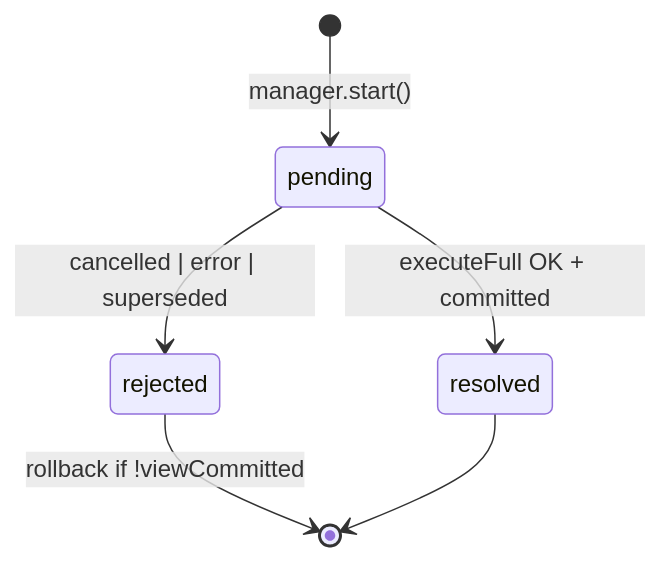
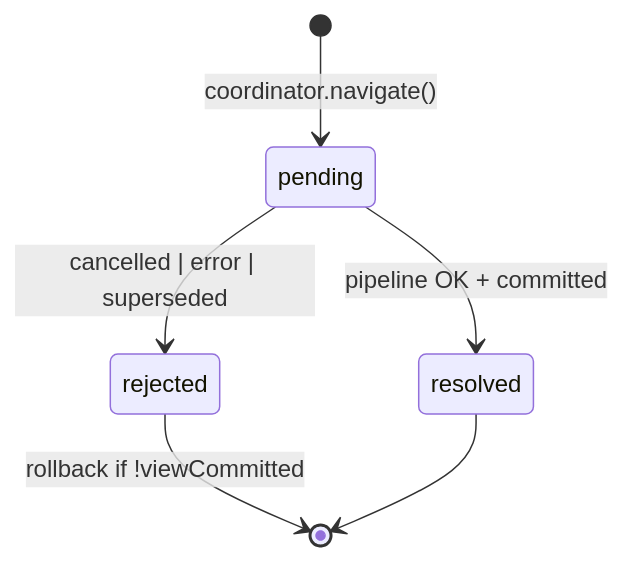
The diagram in docs/todo/NAVIGATION_RUN_MANAGER.md (aura-ui/router), drawn with Mermaid before and after one commit. The commit also changed other lines of this file and 2 other files, not shown here.

````diff
--- a/docs/todo/NAVIGATION_RUN_MANAGER.md
+++ b/docs/todo/NAVIGATION_RUN_MANAGER.md
@@ -437,8 +453,8 @@
 ```mermaid
 stateDiagram-v2
-  [*] --> pending: manager.start()
-  pending --> resolved: executeFull OK + committed
+  [*] --> pending: coordinator.navigate()
+  pending --> resolved: pipeline OK + committed
   pending --> rejected: cancelled | error | superseded
   rejected --> [*]: rollback if !viewCommitted
   resolved --> [*]
 ```
````
